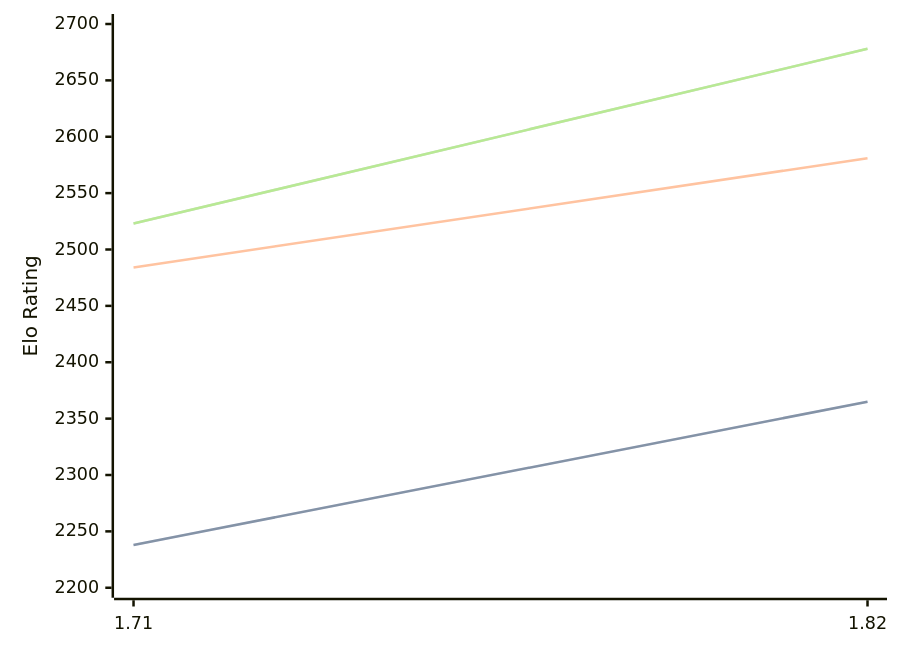
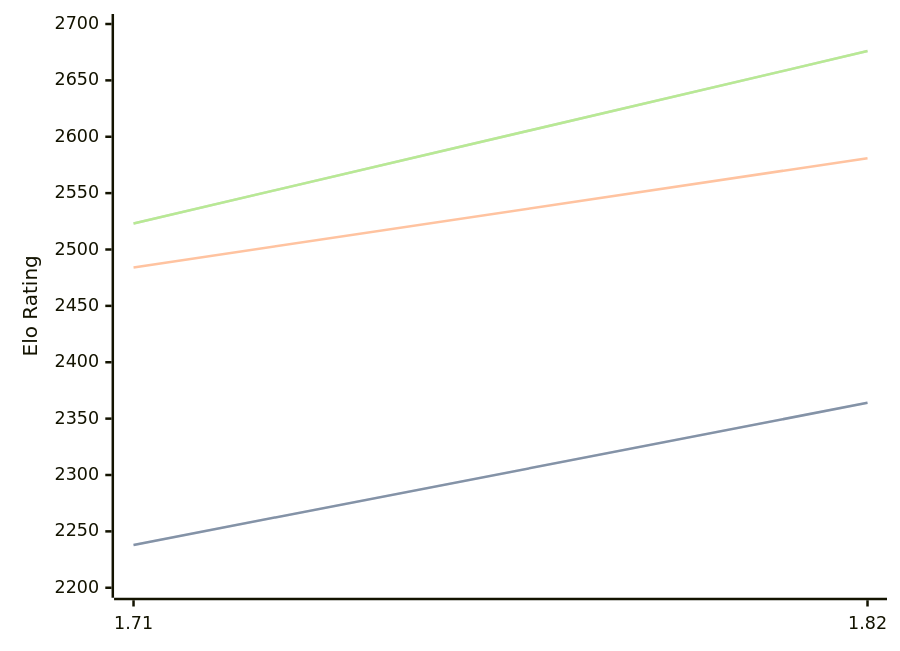
Before and after one commit to computer-chess-index/cci: the diagram in engines/Amira.md, drawn with Mermaid. The commit also changed other lines of this file, not shown here.

Commit message:
Update CCI Ratings (ELO VLTC) - 2026-03-02

````diff
--- a/engines/Amira.md
+++ b/engines/Amira.md
@@ -33,11 +33,11 @@
 ```mermaid
 %%{init: {"theme":"base","themeVariables":{"seriesColors:['#a3a3a3','#222221','#faa371']}}}%%
 xychart-beta
   x-axis ["1.71", "1.82"]
   y-axis "Elo Rating" 2200 --> 2700
-  line "STC (8.0+0.08s)" [2238, 2365]
-  line "STC (8.0+0.08s)" [2238, 2365]
+  line "STC (8.0+0.08s)" [2238, 2364]
+  line "STC (8.0+0.08s)" [2238, 2364]
   line "LTC (60.0+0.60s)" [2484, 2581]
-  line "VLTC (2m24s+1.12s)" [2523, 2678]
-  line "VLTC (2m24s+1.12s)" [2523, 2678]
+  line "VLTC (2m24s+1.12s)" [2523, 2676]
+  line "VLTC (2m24s+1.12s)" [2523, 2676]
 ```
````
